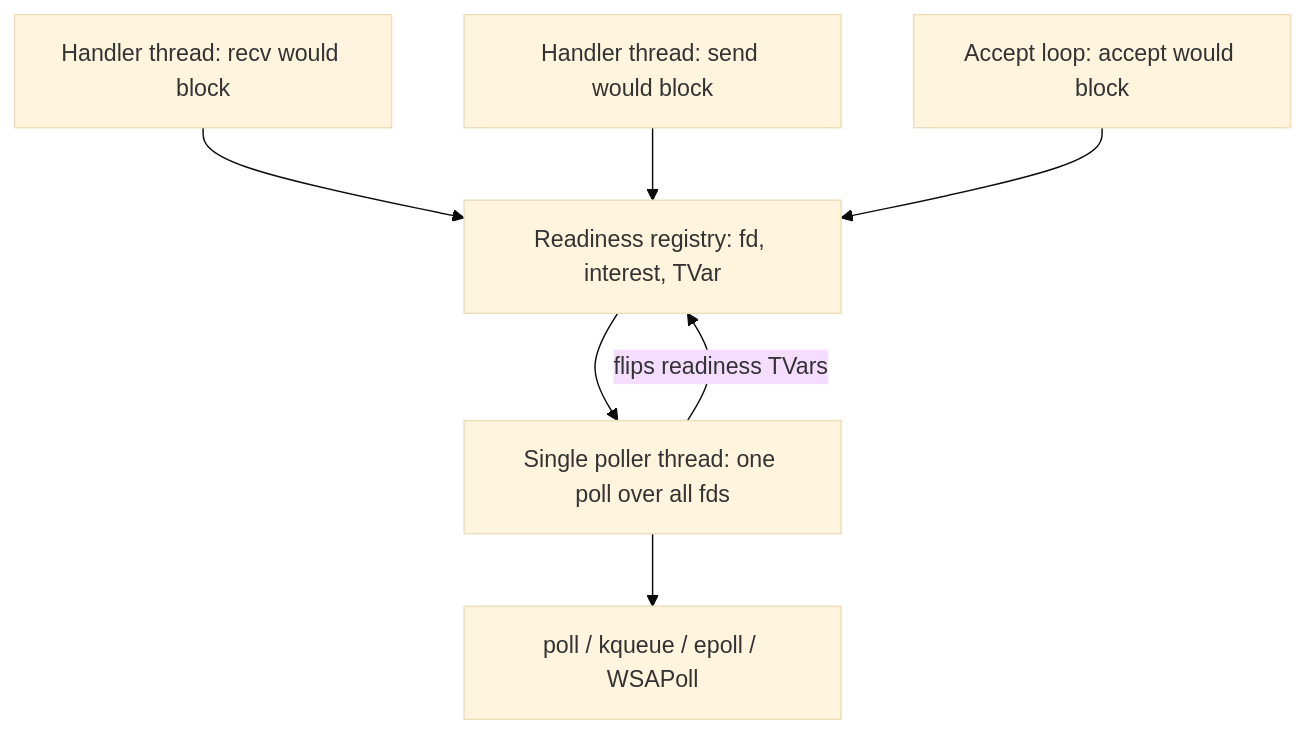
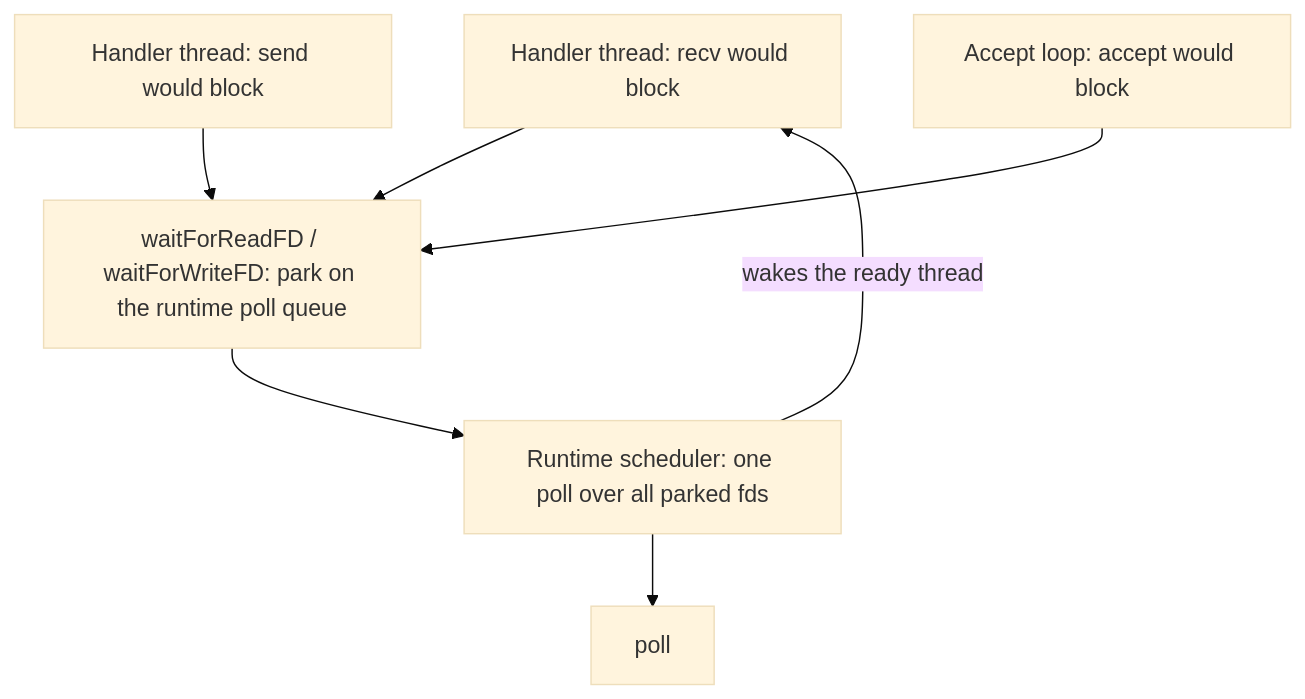
Before and after one commit to abayley/verso: the third of 3 diagrams in docs/design/network-design.md, drawn with Mermaid (base theme). The commit also changed other lines of this file and 3 other files, not shown here.

First line of the commit message:
Wait for socket readiness via the runtime poll queue (RFC-0005)

````diff
--- a/docs/design/network-design.md
+++ b/docs/design/network-design.md
@@ -98,10 +107,10 @@
 ```mermaid
 flowchart TD
-    h1[Handler thread: recv would block] --> reg
-    h2[Handler thread: send would block] --> reg
-    h3[Accept loop: accept would block] --> reg
-    reg[Readiness registry: fd, interest, TVar] --> poller
-    poller[Single poller thread: one poll over all fds] --> kernel
-    kernel[poll / kqueue / epoll / WSAPoll]
-    poller -- flips readiness TVars --> reg
+    h1[Handler thread: recv would block] --> wait
+    h2[Handler thread: send would block] --> wait
+    h3[Accept loop: accept would block] --> wait
+    wait[waitForReadFD / waitForWriteFD: park on the runtime poll queue] --> sched
+    sched[Runtime scheduler: one poll over all parked fds] --> kernel
+    kernel[poll]
+    sched -- wakes the ready thread --> h1
 ```
````
